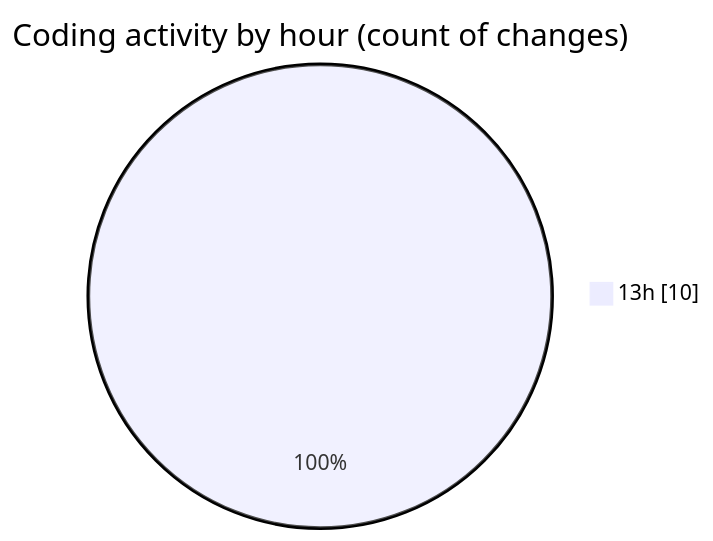
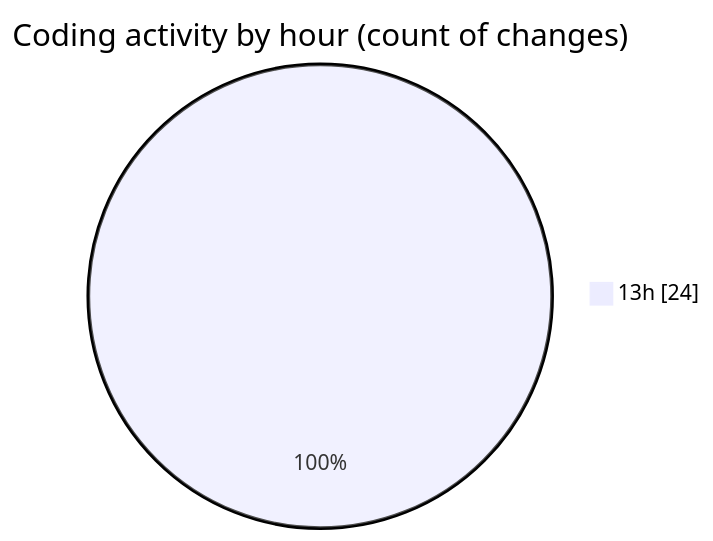
The second of 2 diagrams in 2025-01-14/mbc-web/README.md (robertbonfada/code-tracking), drawn with Mermaid before and after one commit. The commit also changed other lines of this file and 1 other file, not shown here.

````diff
--- a/2025-01-14/mbc-web/README.md
+++ b/2025-01-14/mbc-web/README.md
@@ -34,5 +42,5 @@
 ```mermaid
 pie showData
 title Coding activity by hour (count of changes)
-"13h" : 10
+"13h" : 24
 ```
````
